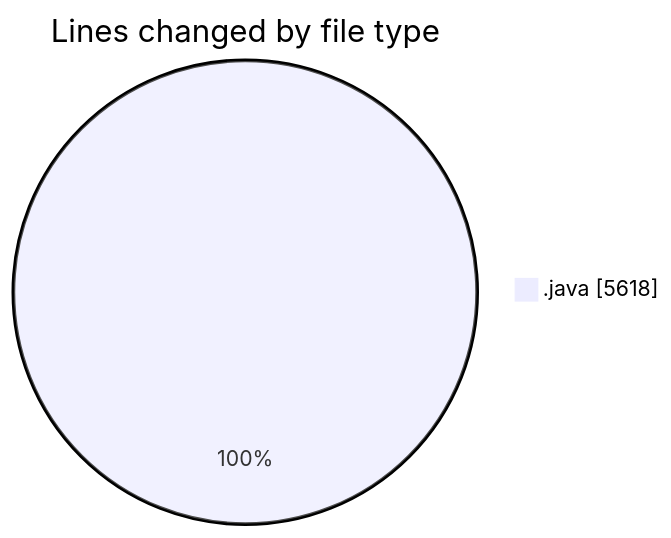
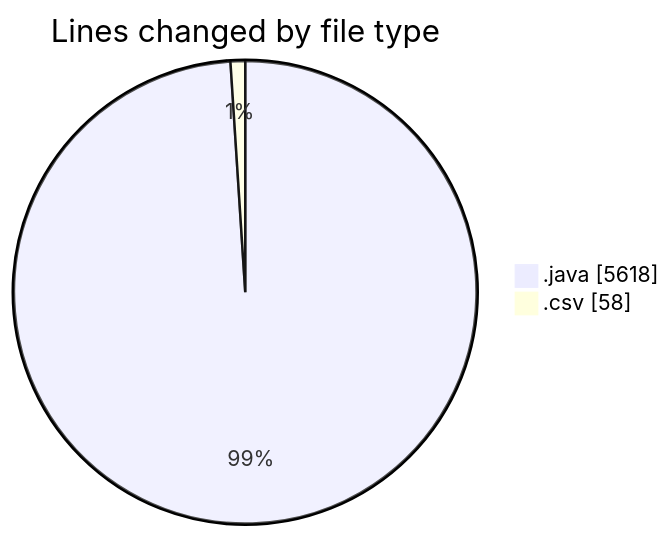
Before and after one commit to ricardozamudiocil/code-tracking: the first of 2 diagrams in 2026-04-14/cilapp/README.md, drawn with Mermaid. The commit also changed other lines of this file and 1 other file, not shown here.

````diff
--- a/2026-04-14/cilapp/README.md
+++ b/2026-04-14/cilapp/README.md
@@ -30,5 +31,6 @@
 ```mermaid
 pie showData
 title Lines changed by file type
 ".java" : 5618
+".csv" : 58
 ```
````
